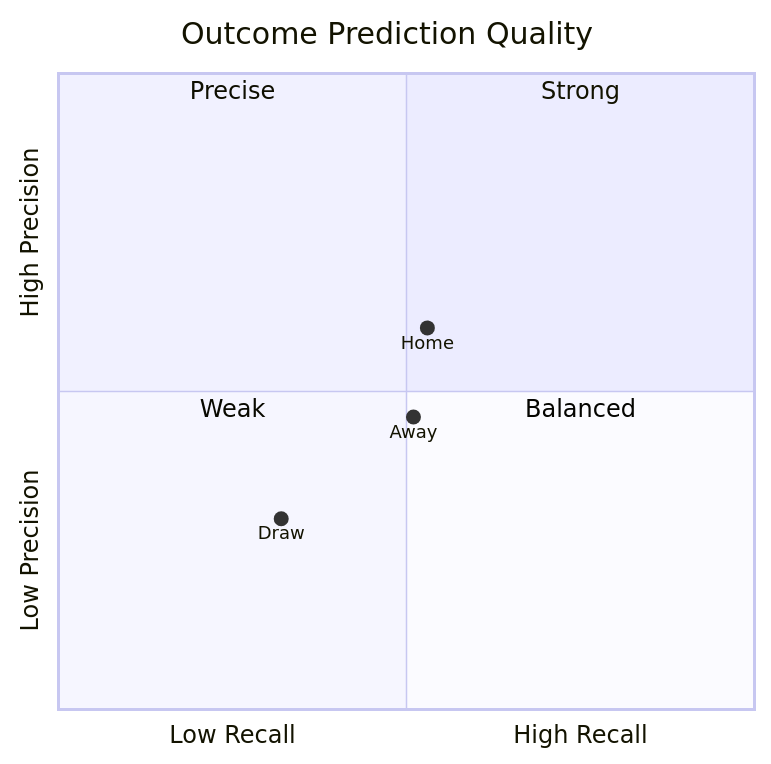
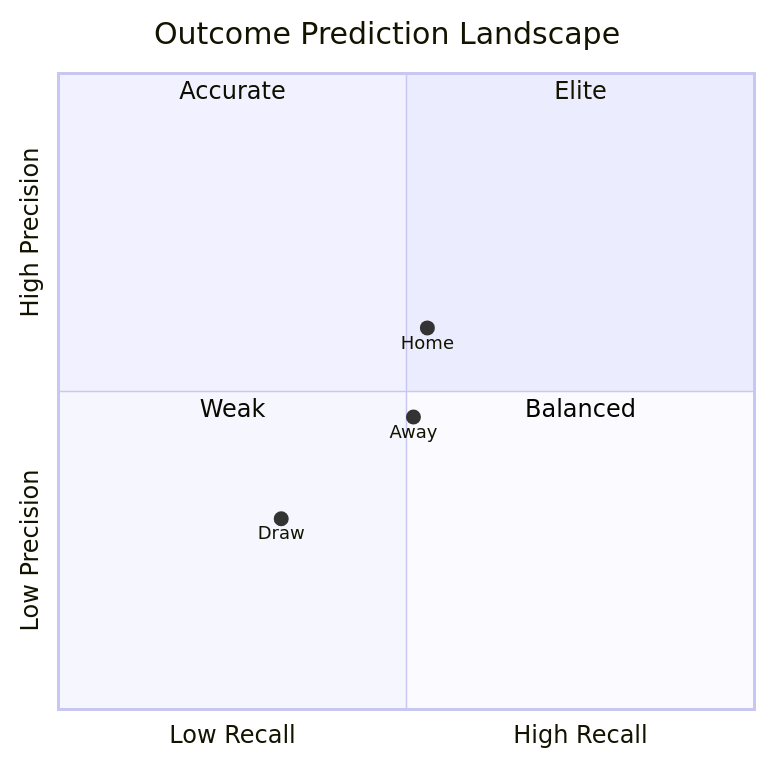
Before and after one commit to sai-ganesh-4539/StatVault: the fifth of 11 diagrams in Match_Prediction_Intelligence.md, drawn with Mermaid. The commit also changed other lines of this file, not shown here.

````diff
--- a/Match_Prediction_Intelligence.md
+++ b/Match_Prediction_Intelligence.md
@@ -232,17 +211,16 @@
 ```mermaid
 quadrantChart
-
-title Outcome Prediction Quality
+title Outcome Prediction Landscape
 
 x-axis Low Recall --> High Recall
 y-axis Low Precision --> High Precision
 
-quadrant-1 Strong
-quadrant-2 Precise
+quadrant-1 Elite
+quadrant-2 Accurate
 quadrant-3 Weak
 quadrant-4 Balanced
 
 Home:[0.53,0.60]
 Draw:[0.32,0.30]
 Away:[0.51,0.46]
 ```
````
